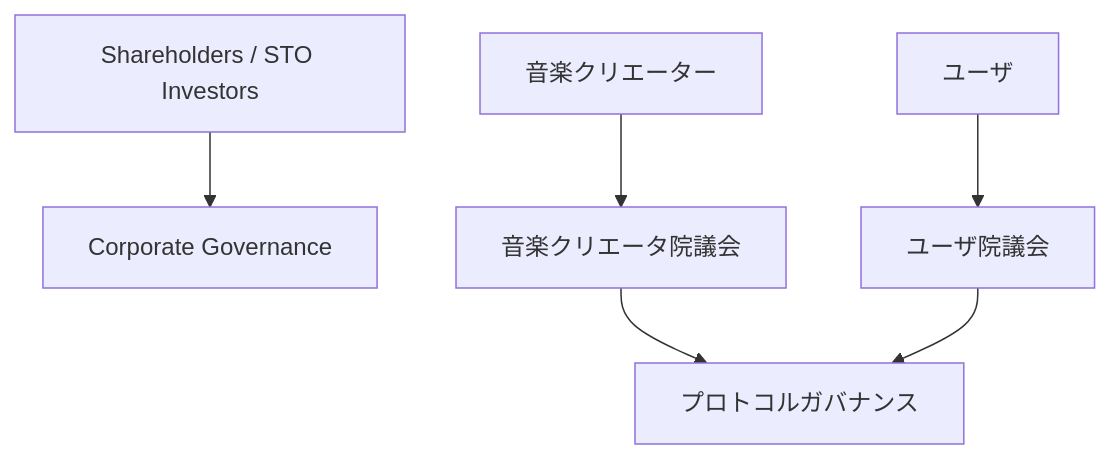
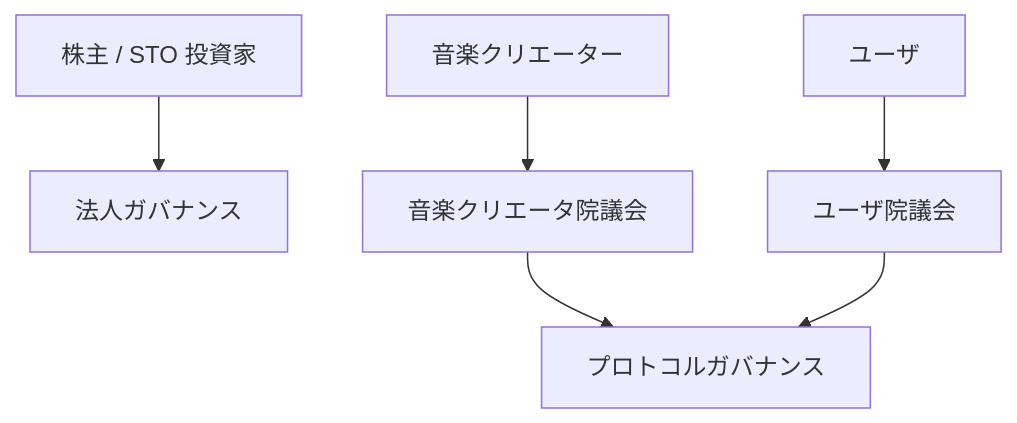
Before and after one commit to ShigeichiroYamasaki/creator-first-platform: diagram 15 of 17 in docs/whitepaper/01-vision.md, drawn with Mermaid. The commit also changed other lines of this file and 72 other files, not shown here.

````diff
--- a/docs/whitepaper/01-vision.md
+++ b/docs/whitepaper/01-vision.md
@@ -417,18 +417,18 @@
 ```mermaid
 flowchart TD
-    INVESTOR[Shareholders / STO Investors]
-    COMPANY[Corporate Governance]
+    INVESTOR[株主 / STO 投資家]
+    COMPANY[法人ガバナンス]
 
     CREATOR[音楽クリエーター]
     CH[音楽クリエータ院議会]
 
     USER[ユーザ]
     UH[ユーザ院議会]
 
     INVESTOR --> COMPANY
     CREATOR --> CH
     USER --> UH
 
     CH --> PROTOCOL[プロトコルガバナンス]
     UH --> PROTOCOL
 ```
````
